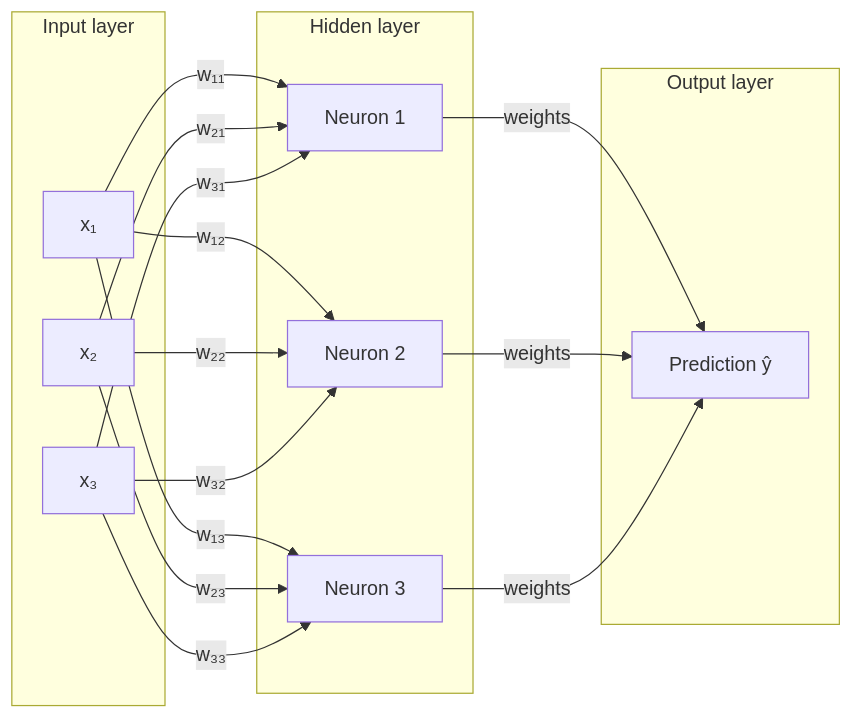
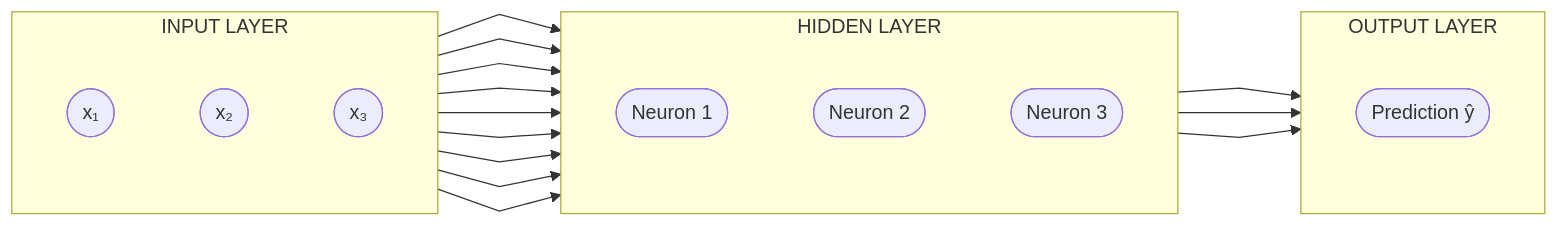
The first of 2 diagrams in AI-Native-Engineering/02-ai-ml-deep-learning-llm.md (Bloom0509/AI-Notes), drawn with Mermaid before and after one commit. The commit also changed other lines of this file, not shown here.

Commit message:
Improve neural network diagram spacing and alignment

````diff
--- a/AI-Native-Engineering/02-ai-ml-deep-learning-llm.md
+++ b/AI-Native-Engineering/02-ai-ml-deep-learning-llm.md
@@ -47,31 +47,35 @@
 ```mermaid
+%%{init: {"flowchart": {"nodeSpacing": 70, "rankSpacing": 100, "curve": "linear"}}}%%
 flowchart LR
-    subgraph I["Input layer"]
-        X1["x₁"]
-        X2["x₂"]
-        X3["x₃"]
+    subgraph I["INPUT LAYER"]
+        direction TB
+        X1(["x₁"])
+        X2(["x₂"])
+        X3(["x₃"])
     end
 
-    subgraph H["Hidden layer"]
-        H1["Neuron 1"]
-        H2["Neuron 2"]
-        H3["Neuron 3"]
+    subgraph H["HIDDEN LAYER"]
+        direction TB
+        H1(["Neuron 1"])
+        H2(["Neuron 2"])
+        H3(["Neuron 3"])
     end
 
-    subgraph O["Output layer"]
-        Y["Prediction ŷ"]
+    subgraph O["OUTPUT LAYER"]
+        direction TB
+        Y(["Prediction ŷ"])
     end
 
-    X1 -->|"w₁₁"| H1
-    X1 -->|"w₁₂"| H2
-    X1 -->|"w₁₃"| H3
-    X2 -->|"w₂₁"| H1
-    X2 -->|"w₂₂"| H2
-    X2 -->|"w₂₃"| H3
-    X3 -->|"w₃₁"| H1
-    X3 -->|"w₃₂"| H2
-    X3 -->|"w₃₃"| H3
-    H1 -->|"weights"| Y
-    H2 -->|"weights"| Y
-    H3 -->|"weights"| Y
+    X1 --> H1
+    X1 --> H2
+    X1 --> H3
+    X2 --> H1
+    X2 --> H2
+    X2 --> H3
+    X3 --> H1
+    X3 --> H2
+    X3 --> H3
+    H1 --> Y
+    H2 --> Y
+    H3 --> Y
 ```
````
